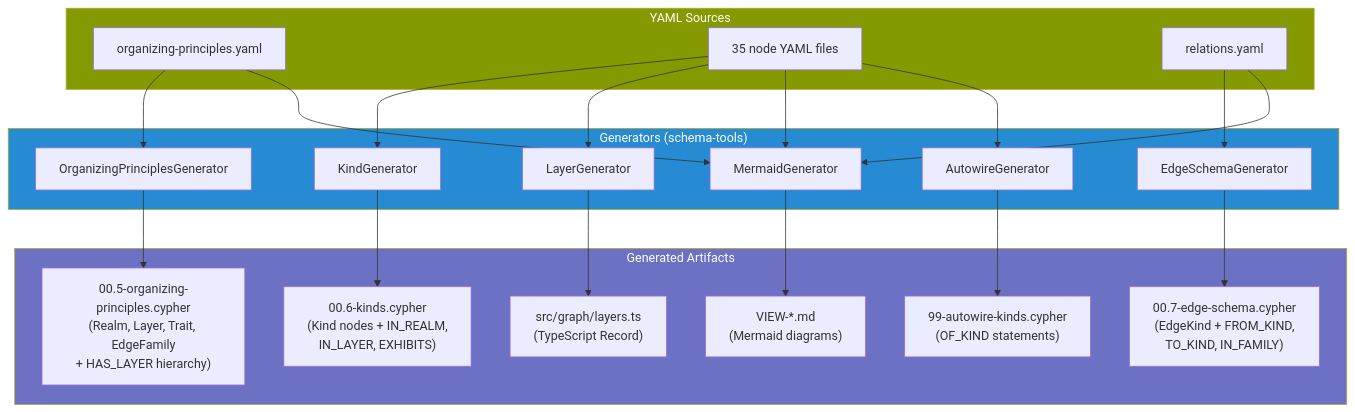
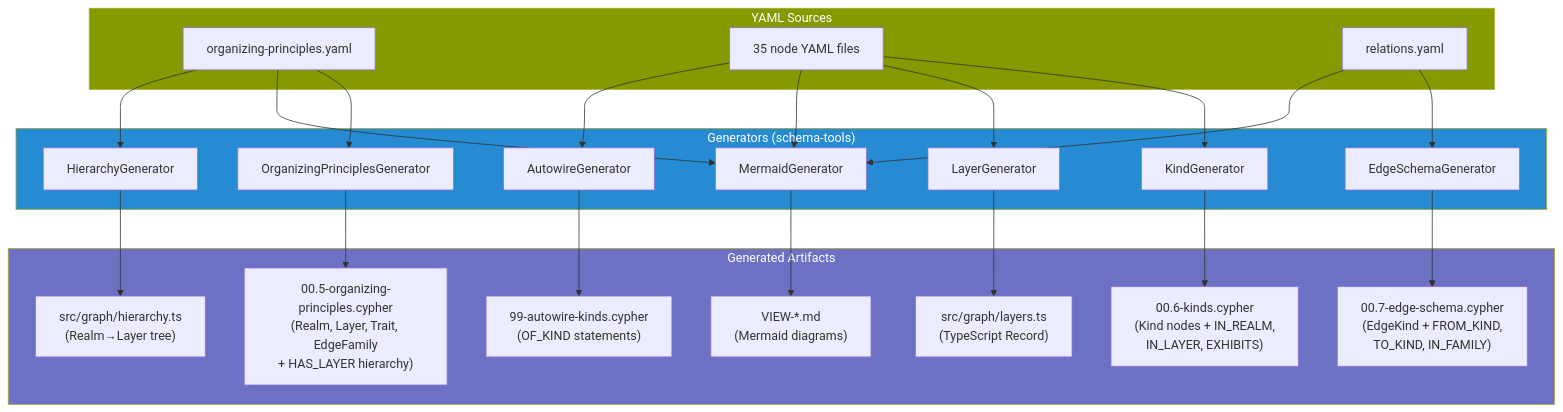
The eighth of 8 diagrams in docs/ONTOLOGY-V9.md (supernovae-st/novanet), drawn with Mermaid before and after one commit. The commit also changed other lines of this file and 1 other file, not shown here.

````diff
--- a/docs/ONTOLOGY-V9.md
+++ b/docs/ONTOLOGY-V9.md
@@ -1151,37 +1151,40 @@
 ```mermaid
 flowchart TB
   subgraph YAML["YAML Sources"]
     OP["organizing-principles.yaml"]
     NODES["35 node YAML files"]
     RELS["relations.yaml"]
   end
 
   subgraph GENERATORS["Generators (schema-tools)"]
     G1["OrganizingPrinciplesGenerator"]
     G2["KindGenerator"]
     G3["EdgeSchemaGenerator"]
     G4["LayerGenerator"]
     G5["MermaidGenerator"]
     G6["AutowireGenerator"]
+    G7["HierarchyGenerator"]
   end
 
   subgraph OUTPUT["Generated Artifacts"]
     O1["00.5-organizing-principles.cypher\n(Realm, Layer, Trait, EdgeFamily\n+ HAS_LAYER hierarchy)"]
     O2["00.6-kinds.cypher\n(Kind nodes + IN_REALM,\nIN_LAYER, EXHIBITS)"]
     O3["00.7-edge-schema.cypher\n(EdgeKind + FROM_KIND,\nTO_KIND, IN_FAMILY)"]
     O4["src/graph/layers.ts\n(TypeScript Record)"]
     O5["VIEW-*.md\n(Mermaid diagrams)"]
     O6["99-autowire-kinds.cypher\n(OF_KIND statements)"]
+    O7["src/graph/hierarchy.ts\n(Realm→Layer tree)"]
   end
 
   OP --> G1 --> O1
   NODES --> G2 --> O2
   RELS --> G3 --> O3
   NODES --> G4 --> O4
   OP & NODES & RELS --> G5 --> O5
   NODES --> G6 --> O6
+  OP --> G7 --> O7
 
   style YAML fill:#859900,color:#fff
   style GENERATORS fill:#268bd2,color:#fff
   style OUTPUT fill:#6c71c4,color:#fff
 ```
````
